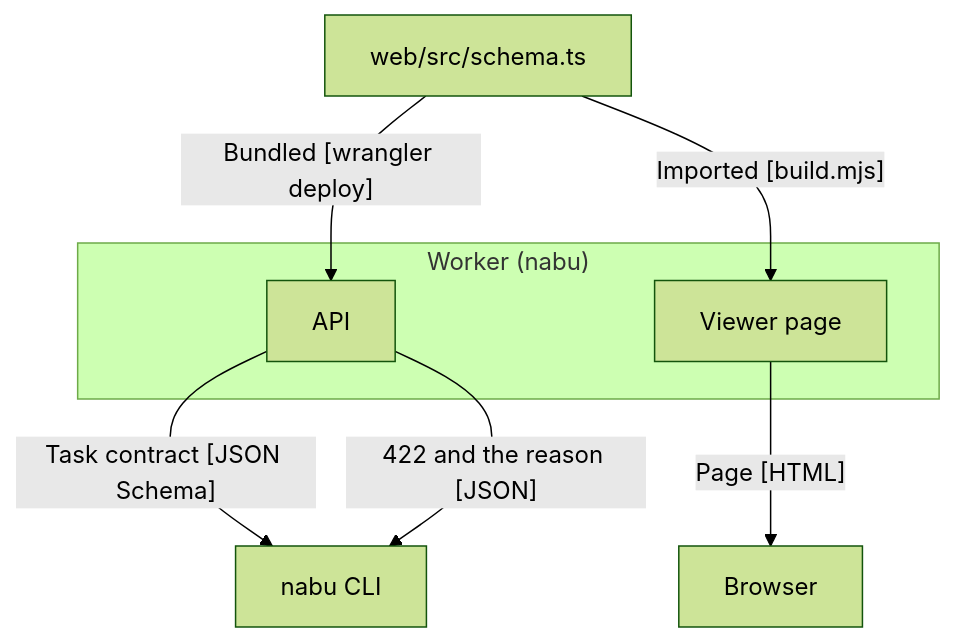
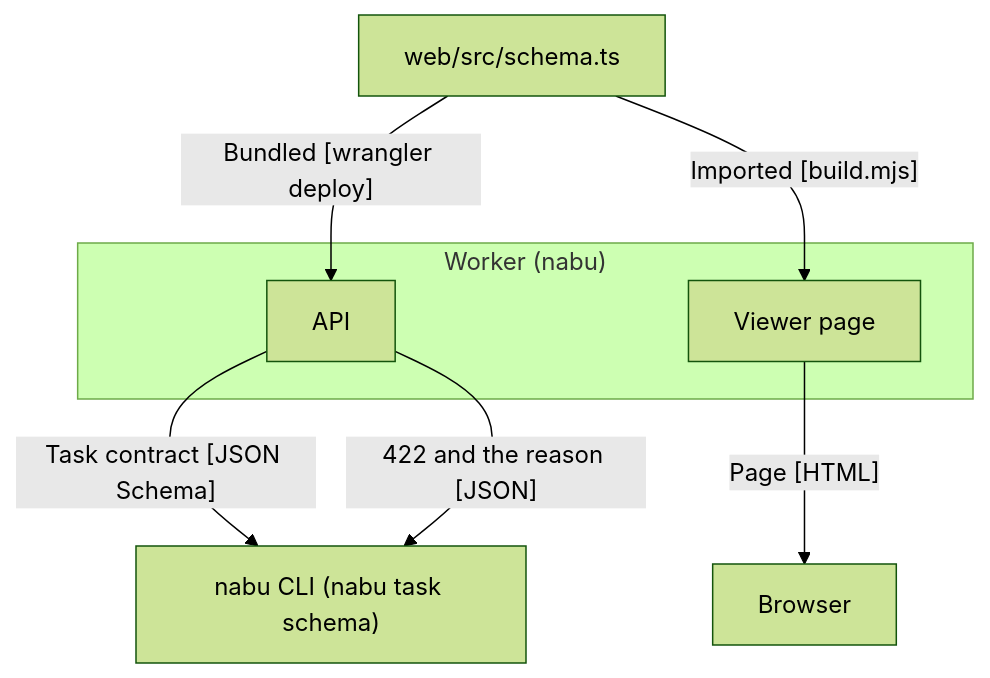
Before and after one commit to gitt510/nabu: the fourth of 4 diagrams in docs/architecture.md, drawn with Mermaid (forest theme). The commit also changed other lines of this file, not shown here.

Commit message:
docs: name the command that prints the task contract

````diff
--- a/docs/architecture.md
+++ b/docs/architecture.md
@@ -67,15 +67,15 @@
 ```mermaid
 flowchart TD
   schema["web/src/schema.ts"]
 
   subgraph worker_box["Worker (nabu)"]
     api["API"]
     page["Viewer page"]
   end
 
   schema -- "Bundled [wrangler deploy]" --> api
   schema -- "Imported [build.mjs]" --> page
-  api -- "Task contract [JSON Schema]" --> cli["nabu CLI"]
+  api -- "Task contract [JSON Schema]" --> cli["nabu CLI (nabu task schema)"]
   api -- "422 and the reason [JSON]" --> cli
   page -- "Page [HTML]" --> browser["Browser"]
 ```
````
